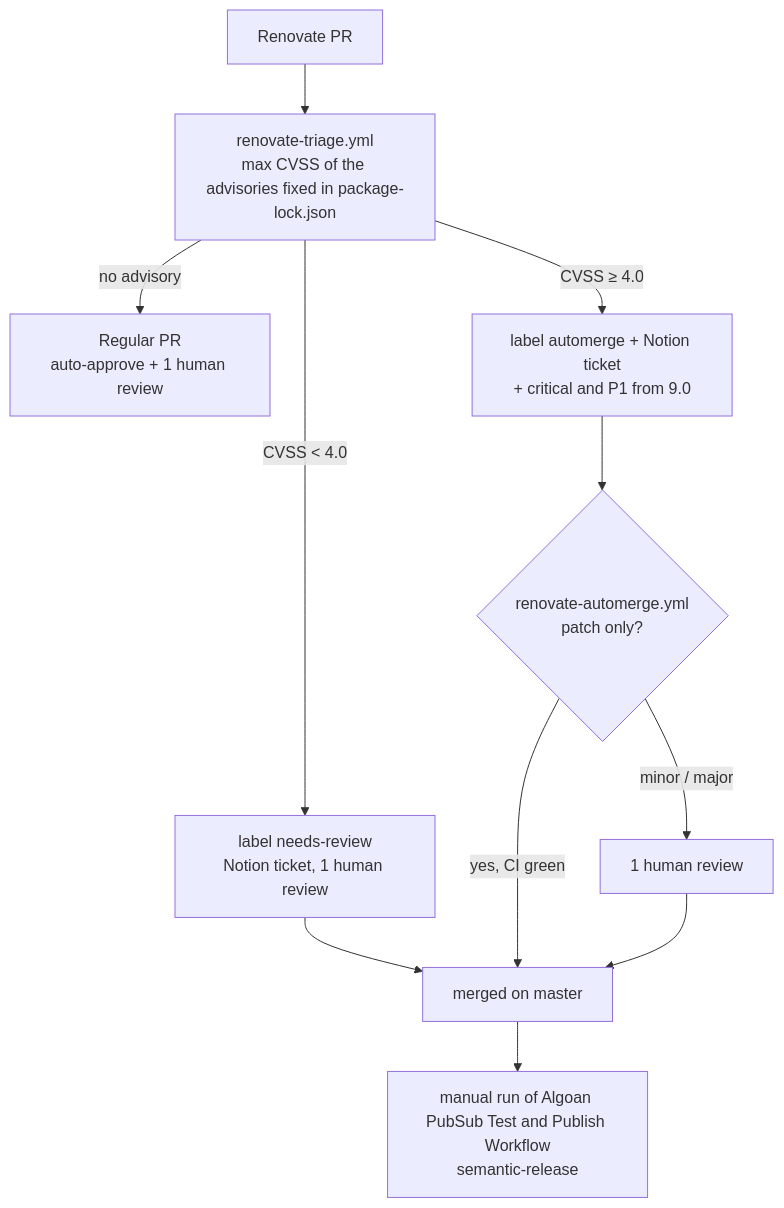
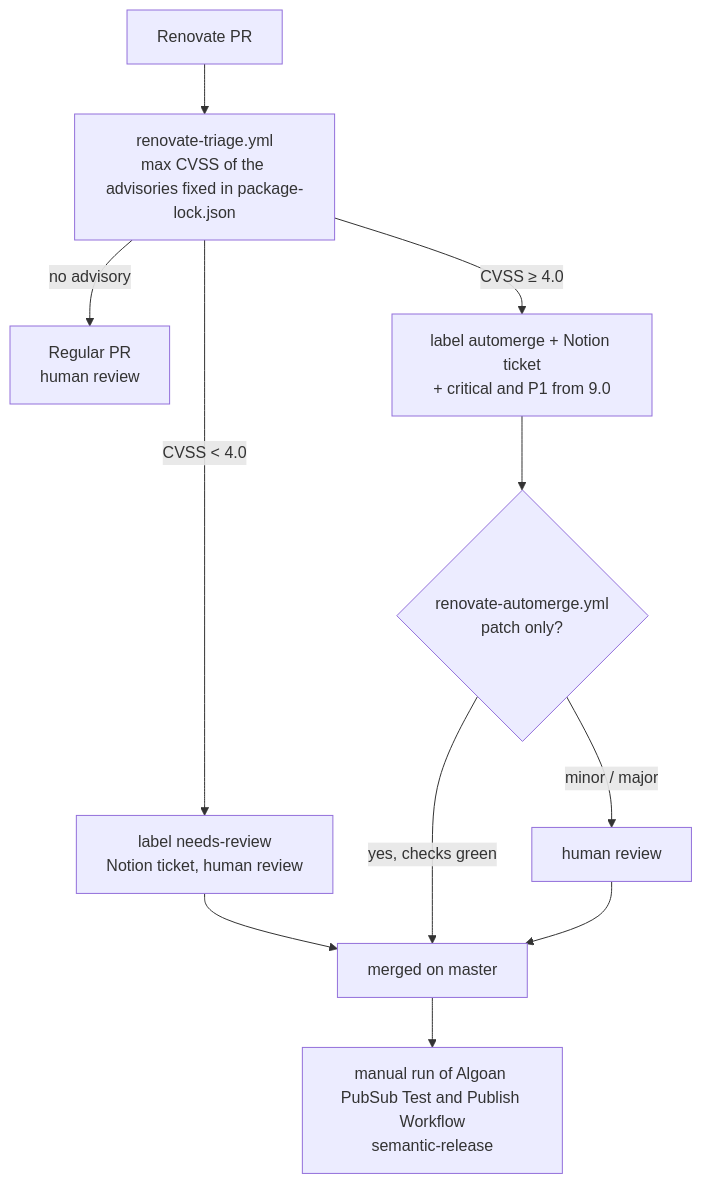
Before and after one commit to algoan/pubsub: the diagram in docs/RENOVATE.md, drawn with Mermaid. The commit also changed other lines of this file, not shown here.

Commit message:
docs(renovate): describe the reviewed flow

````diff
--- a/docs/RENOVATE.md
+++ b/docs/RENOVATE.md
@@ -40,13 +53,13 @@
 ```mermaid
 flowchart TD
     PR[Renovate PR] --> T[renovate-triage.yml<br/>max CVSS of the advisories fixed in package-lock.json]
-    T -->|no advisory| N[Regular PR<br/>auto-approve + 1 human review]
-    T -->|CVSS < 4.0| M[label needs-review<br/>Notion ticket, 1 human review]
+    T -->|no advisory| N[Regular PR<br/>human review]
+    T -->|CVSS < 4.0| M[label needs-review<br/>Notion ticket, human review]
     T -->|CVSS ≥ 4.0| A[label automerge + Notion ticket<br/>+ critical and P1 from 9.0]
     A --> AM{renovate-automerge.yml<br/>patch only?}
-    AM -->|yes, CI green| MM[merged on master]
-    AM -->|minor / major| R[1 human review]
+    AM -->|yes, checks green| MM[merged on master]
+    AM -->|minor / major| R[human review]
     M --> MM
     R --> MM
     MM --> P[manual run of Algoan PubSub Test and Publish Workflow<br/>semantic-release]
 ```
````
